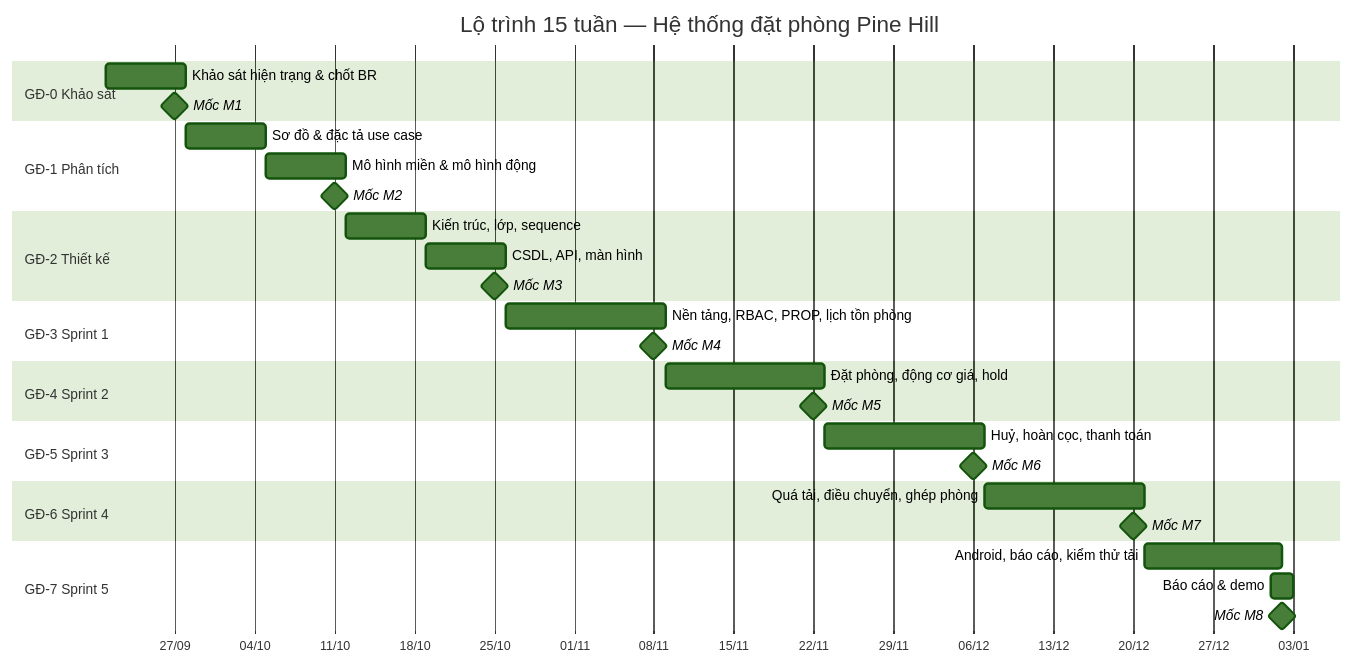
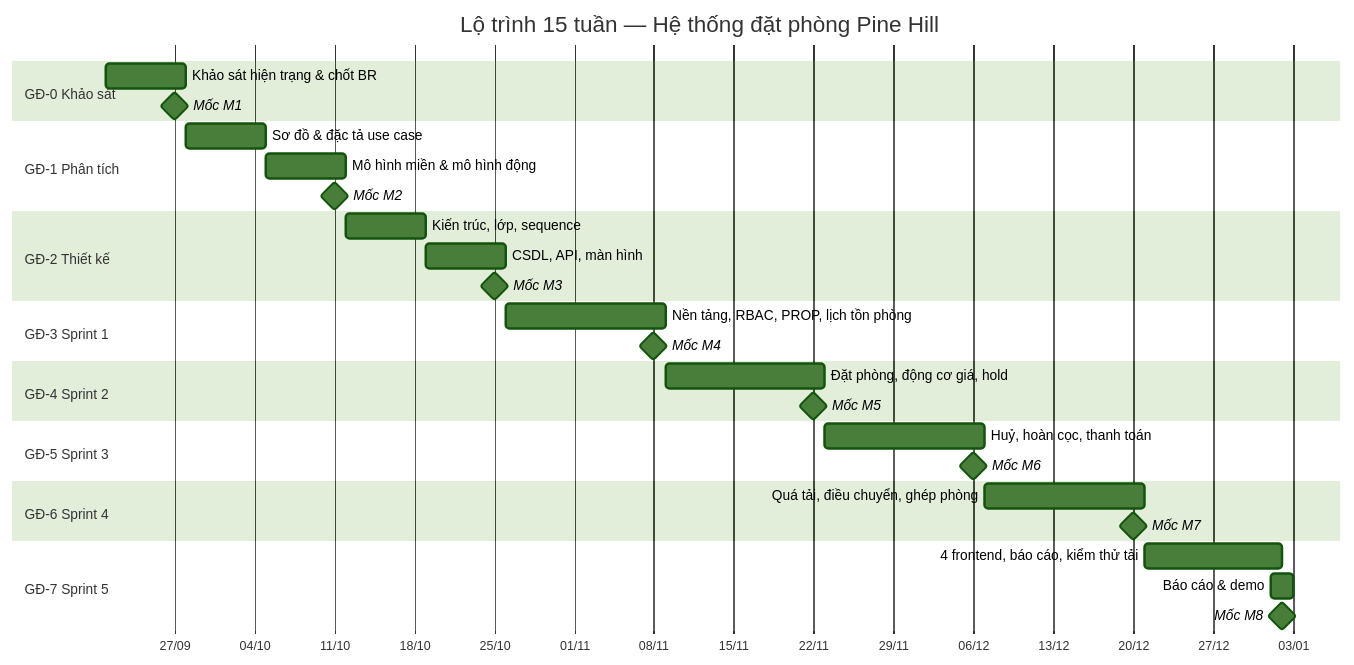
Before and after one commit to minhtuluc/HotelBuild: the diagram in docs/05-ke-hoach/lo-trinh.md, drawn with Mermaid (forest theme). The commit also changed other lines of this file and 45 other files, not shown here.

````diff
--- a/docs/05-ke-hoach/lo-trinh.md
+++ b/docs/05-ke-hoach/lo-trinh.md
@@ -78,42 +78,42 @@
 ```mermaid
 gantt
     title Lộ trình 15 tuần — Hệ thống đặt phòng Pine Hill
     dateFormat YYYY-MM-DD
     axisFormat %d/%m
     todayMarker off
 
     section GĐ-0 Khảo sát
     Khảo sát hiện trạng & chốt BR        :g0, 2026-09-21, 7d
     Mốc M1                               :milestone, m1, 2026-09-27, 0d
 
     section GĐ-1 Phân tích
     Sơ đồ & đặc tả use case              :g1a, 2026-09-28, 7d
     Mô hình miền & mô hình động          :g1b, 2026-10-05, 7d
     Mốc M2                               :milestone, m2, 2026-10-11, 0d
 
     section GĐ-2 Thiết kế
     Kiến trúc, lớp, sequence             :g2a, 2026-10-12, 7d
     CSDL, API, màn hình                  :g2b, 2026-10-19, 7d
     Mốc M3                               :milestone, m3, 2026-10-25, 0d
 
     section GĐ-3 Sprint 1
     Nền tảng, RBAC, PROP, lịch tồn phòng :g3, 2026-10-26, 14d
     Mốc M4                               :milestone, m4, 2026-11-08, 0d
 
     section GĐ-4 Sprint 2
     Đặt phòng, động cơ giá, hold         :g4, 2026-11-09, 14d
     Mốc M5                               :milestone, m5, 2026-11-22, 0d
 
     section GĐ-5 Sprint 3
     Huỷ, hoàn cọc, thanh toán            :g5, 2026-11-23, 14d
     Mốc M6                               :milestone, m6, 2026-12-06, 0d
 
     section GĐ-6 Sprint 4
     Quá tải, điều chuyển, ghép phòng     :g6, 2026-12-07, 14d
     Mốc M7                               :milestone, m7, 2026-12-20, 0d
 
     section GĐ-7 Sprint 5
-    Android, báo cáo, kiểm thử tải       :g7, 2026-12-21, 12d
+    4 frontend, báo cáo, kiểm thử tải    :g7, 2026-12-21, 12d
     Báo cáo & demo                       :g8, 2027-01-01, 2d
     Mốc M8                               :milestone, m8, 2027-01-02, 0d
 ```
````
